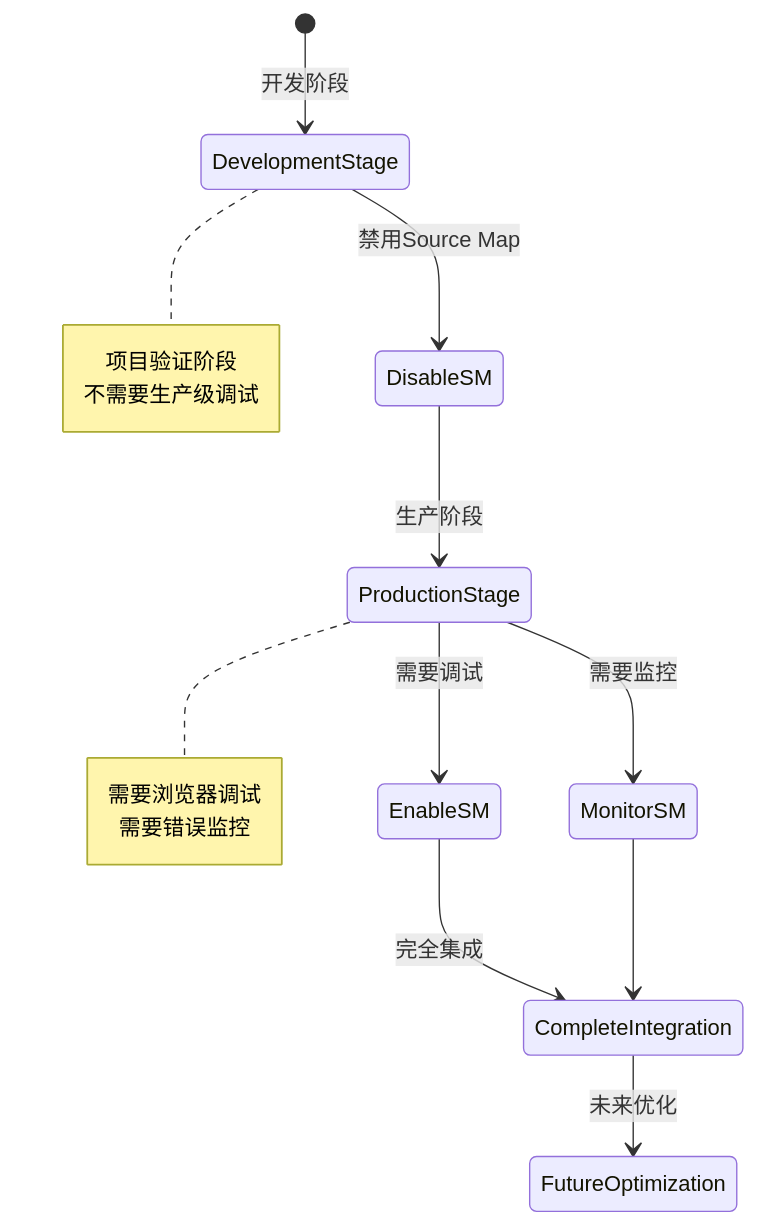
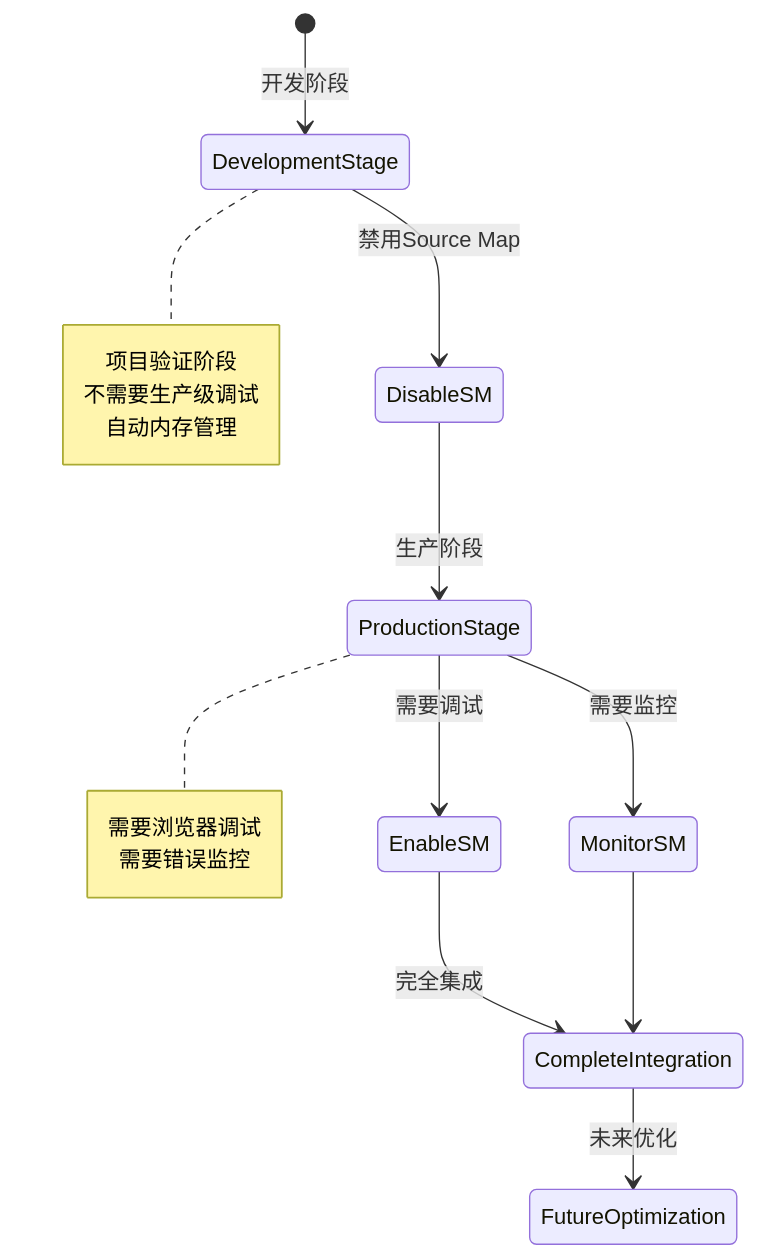
Before and after one commit to itszzl-sudo/iris: the seventh of 7 diagrams in .qoder/repowiki/zh/content/项目概述/技术架构总览/Source Map评估与优化.md, drawn with Mermaid. The commit also changed other lines of this file and 23 other files, not shown here.

````diff
--- a/.qoder/repowiki/zh/content/项目概述/技术架构总览/Source Map评估与优化.md
+++ b/.qoder/repowiki/zh/content/项目概述/技术架构总览/Source Map评估与优化.md
@@ -294,19 +331,20 @@
 ```mermaid
 stateDiagram-v2
 [*] --> DevelopmentStage : 开发阶段
 DevelopmentStage --> DisableSM : 禁用Source Map
 DisableSM --> ProductionStage : 生产阶段
 ProductionStage --> EnableSM : 需要调试
 ProductionStage --> MonitorSM : 需要监控
 EnableSM --> CompleteIntegration : 完全集成
 MonitorSM --> CompleteIntegration
 CompleteIntegration --> FutureOptimization : 未来优化
 note right of DevelopmentStage
 项目验证阶段
 不需要生产级调试
+自动内存管理
 end note
 note right of ProductionStage
 需要浏览器调试
 需要错误监控
 end note
 ```
````
